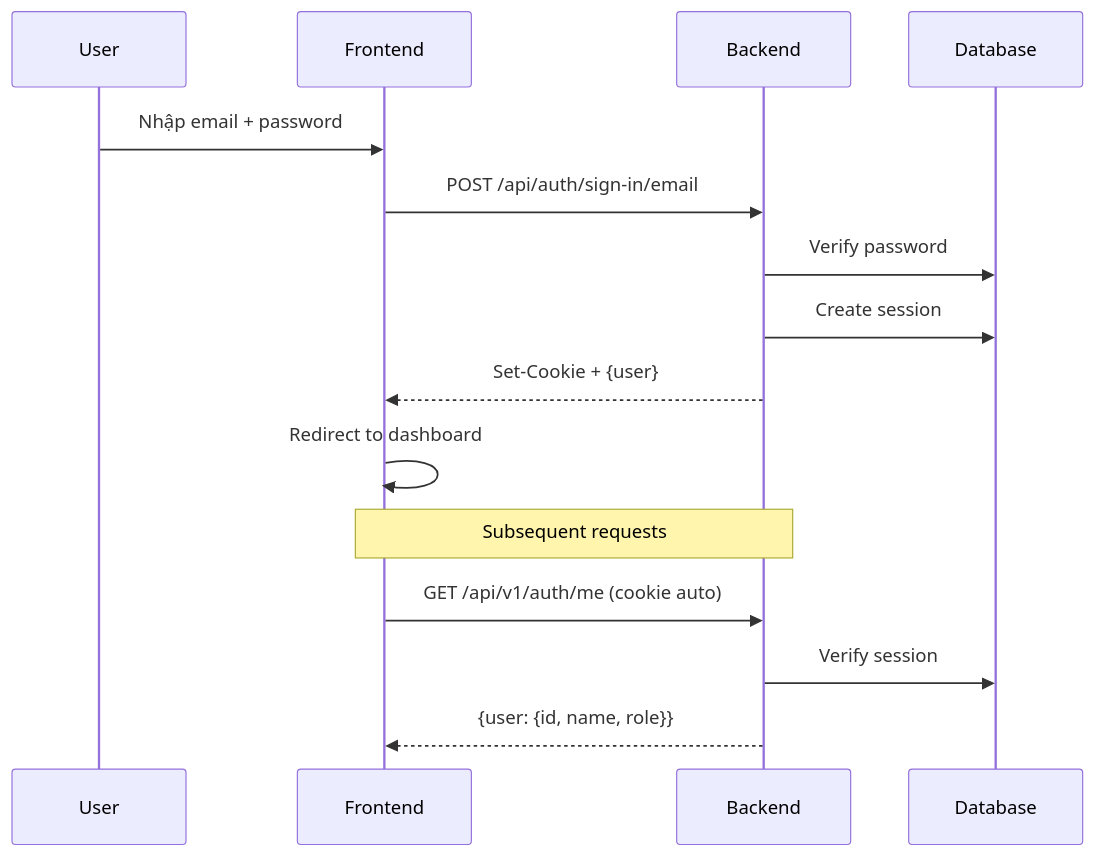
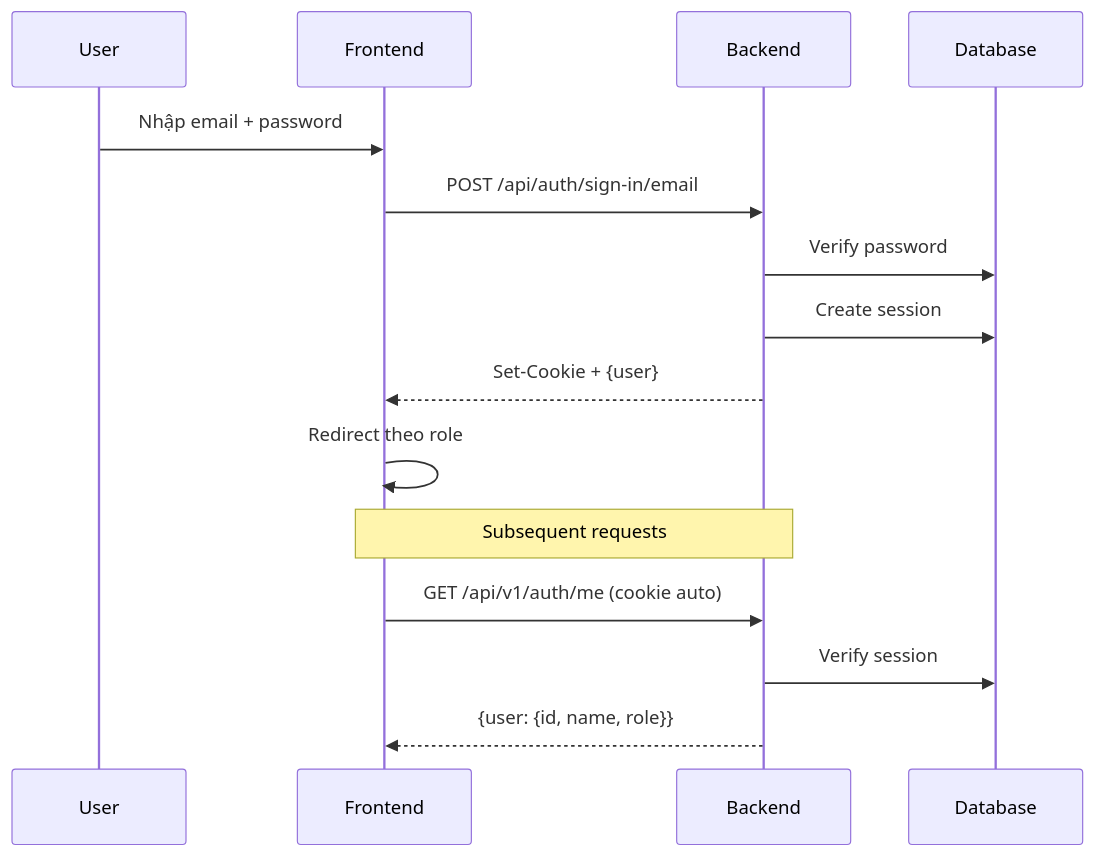
The second of 27 diagrams in TEAM_FE_DOCUMENT.md (Hieuej147/job-PhuQuoc), drawn with Mermaid before and after one commit. The commit also changed other lines of this file and 49 other files, not shown here.

````diff
--- a/TEAM_FE_DOCUMENT.md
+++ b/TEAM_FE_DOCUMENT.md
@@ -258,19 +259,19 @@
 ```mermaid
 sequenceDiagram
     participant U as User
     participant FE as Frontend
     participant BE as Backend
     participant DB as Database
 
     U->>FE: Nhập email + password
     FE->>BE: POST /api/auth/sign-in/email
     BE->>DB: Verify password
     BE->>DB: Create session
     BE-->>FE: Set-Cookie + {user}
-    FE->>FE: Redirect to dashboard
+    FE->>FE: Redirect theo role
 
     Note over FE,BE: Subsequent requests
     FE->>BE: GET /api/v1/auth/me (cookie auto)
     BE->>DB: Verify session
     BE-->>FE: {user: {id, name, role}}
 ```
````
